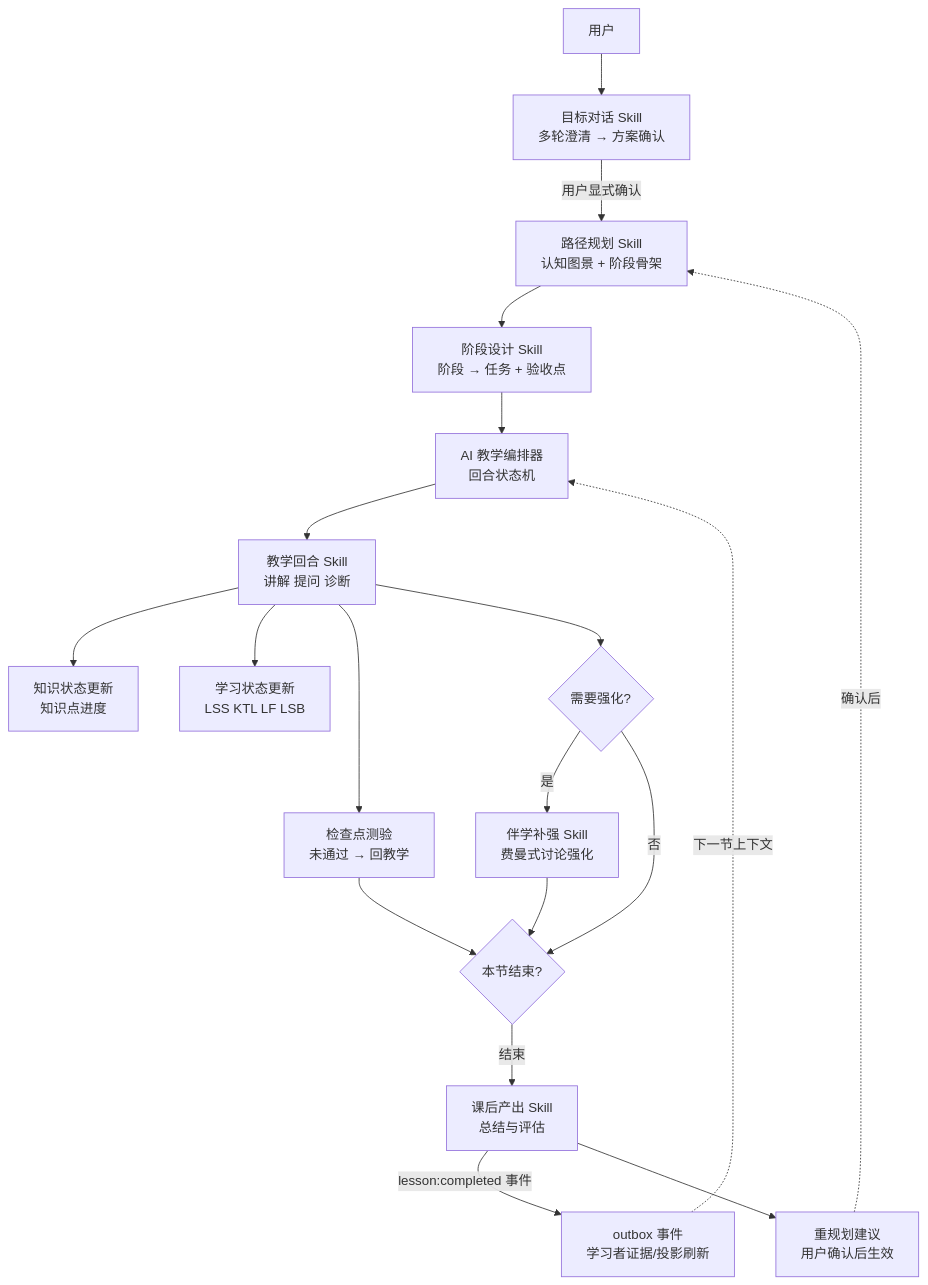
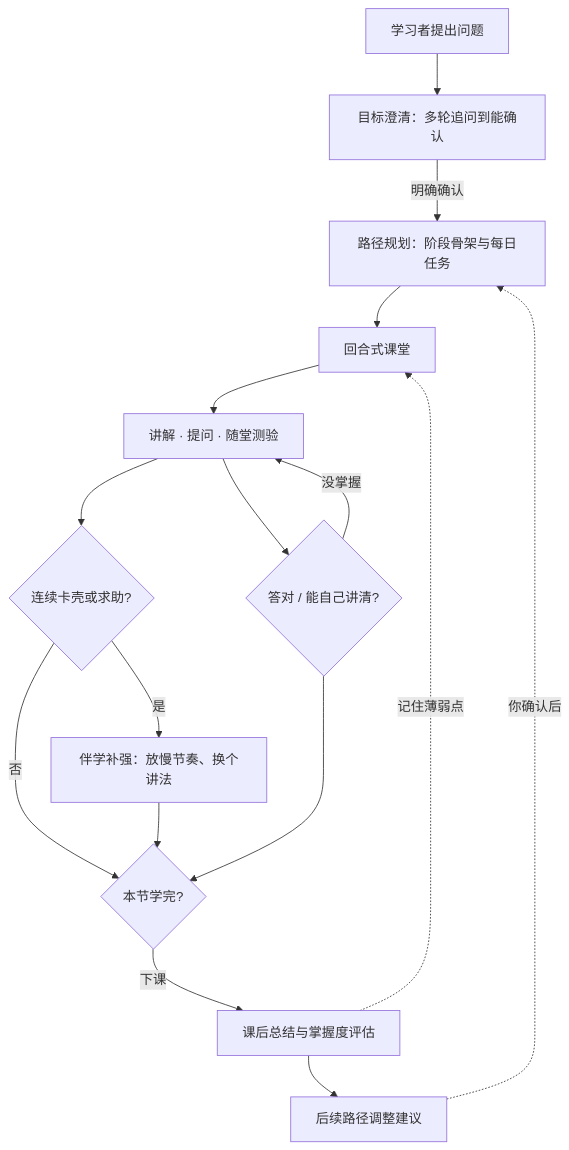
The diagram in README.md (wenflow-org/wenflow), drawn with Mermaid before and after one commit. The commit also changed other lines of this file and 1 other file, not shown here.

````diff
--- a/README.md
+++ b/README.md
@@ -87,24 +75,20 @@
 ```mermaid
 flowchart TD
-    U[用户] --> G1[目标对话 Skill\n多轮澄清 → 方案确认]
-    G1 -- 用户显式确认 --> P1[路径规划 Skill\n认知图景 + 阶段骨架]
-    P1 --> P2[阶段设计 Skill\n阶段 → 任务 + 验收点]
-    P2 --> T0[AI 教学编排器\n回合状态机]
+    U[学习者提出问题] --> G1[目标澄清：多轮追问到能确认]
+    G1 -- 明确确认 --> P1[路径规划：阶段骨架与每日任务]
+    P1 --> T0[回合式课堂]
 
-    T0 --> T1[教学回合 Skill\n讲解 提问 诊断]
-    T1 --> K1[知识状态更新\n知识点进度]
-    T1 --> S1[学习状态更新\nLSS KTL LF LSB]
-    T1 --> C1[检查点测验\n未通过 → 回教学]
+    T0 --> T1[讲解 · 提问 · 随堂测验]
+    T1 --> C1{答对 / 能自己讲清?}
+    C1 -- 没掌握 --> T1
+    T1 --> D{连续卡壳或求助?}
+    D -- 是 --> PEER[伴学补强：放慢节奏、换个讲法]
+    D -- 否 --> NEXT{本节学完?}
+    PEER --> NEXT
+    C1 --> NEXT
 
-    T1 --> D{需要强化?}
-    D -- 是 --> PEER[伴学补强 Skill\n费曼式讨论强化]
-    D -- 否 --> NEXT{本节结束?}
-    C1 --> NEXT
-    PEER --> NEXT
-
-    NEXT -- 结束 --> W1[课后产出 Skill\n总结与评估]
-    W1 -- lesson:completed 事件 --> E1[outbox 事件\n学习者证据/投影刷新]
-    W1 --> R1[重规划建议\n用户确认后生效]
-    E1 -. 下一节上下文 .-> T0
-    R1 -. 确认后 .-> P1
+    NEXT -- 下课 --> W1[课后总结与掌握度评估]
+    W1 --> R1[后续路径调整建议]
+    W1 -. 记住薄弱点 .-> T0
+    R1 -. 你确认后 .-> P1
 ```
````
